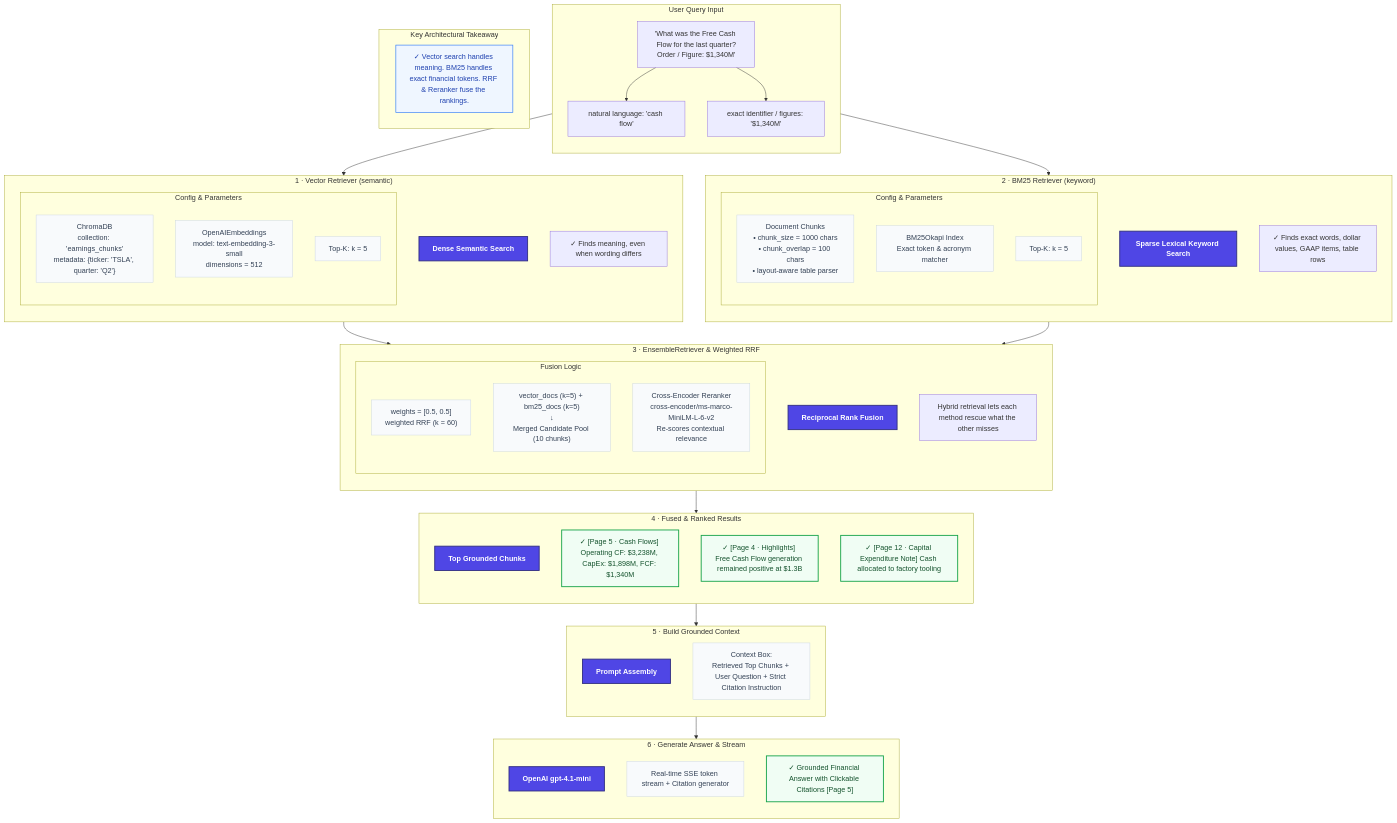
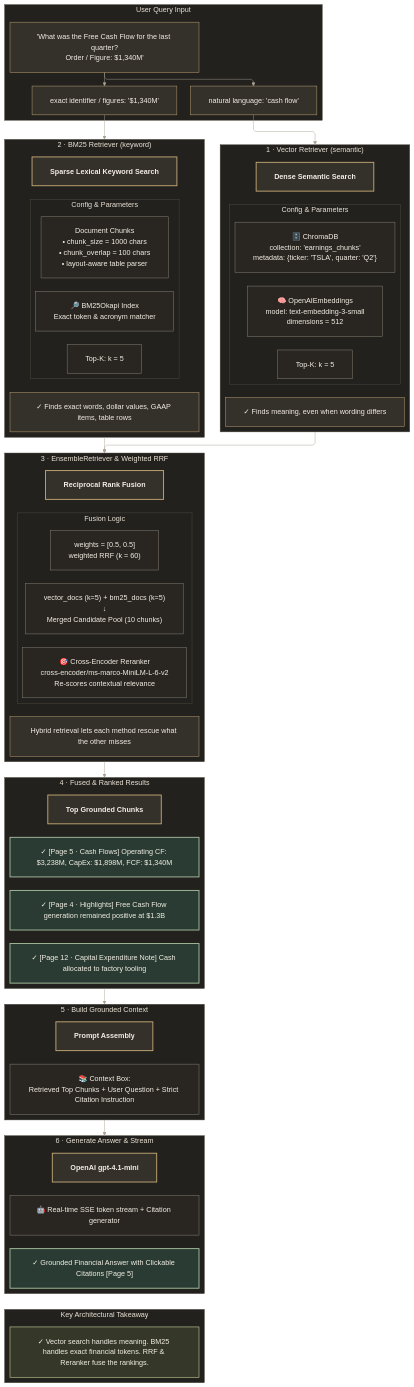
Before and after one commit to tarunkhurana2015/ai-certification-gen-academy: the fourth of 10 diagrams in week2-project-stock-ai-analyzer/ARCHITECTURE.md, drawn with Mermaid. The commit also changed other lines of this file and 22 other files, not shown here.

Commit message:
modified diagrams

````diff
--- a/week2-project-stock-ai-analyzer/ARCHITECTURE.md
+++ b/week2-project-stock-ai-analyzer/ARCHITECTURE.md
@@ -362,11 +404,12 @@
 ```mermaid
+%%{init: {"theme":"base","themeVariables":{"darkMode":true,"background":"#191816","primaryColor":"#34302A","primaryTextColor":"#F4EFE6","primaryBorderColor":"#C6AA76","secondaryColor":"#3C303B","secondaryTextColor":"#F4EFE6","secondaryBorderColor":"#BC9AAF","tertiaryColor":"#293B32","tertiaryTextColor":"#F4EFE6","tertiaryBorderColor":"#99B89B","lineColor":"#AAA294","textColor":"#F4EFE6","mainBkg":"#34302A","clusterBkg":"#22211E","clusterBorder":"#514B41","titleColor":"#ECE3D5","edgeLabelBackground":"#292620","actorBkg":"#34302A","actorBorder":"#C6AA76","actorTextColor":"#F4EFE6","actorLineColor":"#8F8679","signalColor":"#D6BA87","signalTextColor":"#ECE3D5","labelBoxBkgColor":"#3C303B","labelBoxBorderColor":"#BC9AAF","labelTextColor":"#F4EFE6","loopTextColor":"#E0CEDB","noteBkgColor":"#413526","noteTextColor":"#F1DEC0","noteBorderColor":"#D7B77A","activationBkgColor":"#293B32","activationBorderColor":"#99B89B","sequenceNumberColor":"#191816","fontFamily":"Arial, Helvetica, sans-serif","fontSize":"16px"},"themeCSS":"& { background-color: #191816; } .node rect, .node polygon, .node path, .node circle { stroke-width: 1.5px; } .node rect { rx: 9px; ry: 9px; } .cluster rect { rx: 12px; ry: 12px; } .cluster-label span { font-weight: 600; } .edgeLabel { color: #E9DECC; } .flowchart-link { stroke-width: 1.5px; } text, .label, .nodeLabel, .cluster-label, .edgeLabel, foreignObject, p, span { font-family: Arial, Helvetica, sans-serif !important; }","layout":"elk","elk":{"mergeEdges":true,"nodePlacementStrategy":"NETWORK_SIMPLEX","cycleBreakingStrategy":"GREEDY","forceNodeModelOrder":false},"flowchart":{"curve":"linear","nodeSpacing":36,"rankSpacing":64,"padding":20,"wrappingWidth":340,"useMaxWidth":true,"htmlLabels":true}}}%%
 flowchart TB
-    classDef stepNum fill:#4F46E5,stroke:#312E81,stroke-width:2px,color:#FFFFFF,font-weight:bold
-    classDef branchBox fill:#FFFFFF,stroke:#6366F1,stroke-width:2px,color:#1E1B4B
-    classDef subBox fill:#F8FAFC,stroke:#CBD5E1,stroke-width:1px,color:#334155
-    classDef fusionBox fill:#EDE9FE,stroke:#7C3AED,stroke-width:2px,color:#4C1D95
-    classDef resultBox fill:#F0FDF4,stroke:#16A34A,stroke-width:2px,color:#14532D
-    classDef banner fill:#EFF6FF,stroke:#3B82F6,stroke-width:1.5px,color:#1E40AF
+    classDef stepNum fill:#34302A,stroke:#C6AA76,stroke-width:2px,color:#F4EFE6,font-weight:bold
+    classDef branchBox fill:#34302A,stroke:#C6AA76,stroke-width:2px,color:#F4EFE6
+    classDef subBox fill:#292621,stroke:#8F8679,stroke-width:1px,color:#F4EFE6
+    classDef fusionBox fill:#3C303B,stroke:#C1A0B7,stroke-width:2px,color:#F4EFE6
+    classDef resultBox fill:#293B32,stroke:#A8C0A0,stroke-width:2px,color:#F4EFE6
+    classDef banner fill:#353829,stroke:#B1BB89,stroke-width:1.5px,color:#F4EFE6
 
     subgraph QueryInput["User Query Input"]
         direction TB
@@ -382,8 +425,8 @@
         S1Title["Dense Semantic Search"]:::stepNum
         subgraph S1Details["Config & Parameters"]
             direction TB
-            S1Store["ChromaDB<br/>collection: 'earnings_chunks'<br/>metadata: {ticker: 'TSLA', quarter: 'Q2'}"]:::subBox
-            S1Embed["OpenAIEmbeddings<br/>model: text-embedding-3-small<br/>dimensions = 512"]:::subBox
+            S1Store["🗄️ ChromaDB<br/>collection: 'earnings_chunks'<br/>metadata: {ticker: 'TSLA', quarter: 'Q2'}"]:::subBox
+            S1Embed["🧠 OpenAIEmbeddings<br/>model: text-embedding-3-small<br/>dimensions = 512"]:::subBox
             S1K["Top-K: k = 5"]:::subBox
         end
         S1Note["✓ Finds meaning, even when wording differs"]
@@ -395,7 +438,7 @@
         subgraph S2Details["Config & Parameters"]
             direction TB
             S2Docs["Document Chunks<br/>• chunk_size = 1000 chars<br/>• chunk_overlap = 100 chars<br/>• layout-aware table parser"]:::subBox
-            S2BM25["BM25Okapi Index<br/>Exact token & acronym matcher"]:::subBox
+            S2BM25["🔎 BM25Okapi Index<br/>Exact token & acronym matcher"]:::subBox
             S2K["Top-K: k = 5"]:::subBox
         end
         S2Note["✓ Finds exact words, dollar values, GAAP items, table rows"]
@@ -408,7 +451,7 @@
             direction TB
             S3Weights["weights = [0.5, 0.5]<br/>weighted RRF (k = 60)"]:::subBox
             S3Merge["vector_docs (k=5) + bm25_docs (k=5)<br/>↓<br/>Merged Candidate Pool (10 chunks)"]:::subBox
-            S3Rerank["Cross-Encoder Reranker<br/>cross-encoder/ms-marco-MiniLM-L-6-v2<br/>Re-scores contextual relevance"]:::subBox
+            S3Rerank["🎯 Cross-Encoder Reranker<br/>cross-encoder/ms-marco-MiniLM-L-6-v2<br/>Re-scores contextual relevance"]:::subBox
         end
         S3Note["Hybrid retrieval lets each method rescue what the other misses"]
     end
@@ -424,13 +467,13 @@
     subgraph Step5["5 · Build Grounded Context"]
         direction TB
         S5Title["Prompt Assembly"]:::stepNum
-        S5Context["Context Box:<br/>Retrieved Top Chunks + User Question + Strict Citation Instruction"]:::subBox
+        S5Context["📚 Context Box:<br/>Retrieved Top Chunks + User Question + Strict Citation Instruction"]:::subBox
     end
 
     subgraph Step6["6 · Generate Answer & Stream"]
         direction TB
         S6Title["OpenAI gpt-4.1-mini"]:::stepNum
-        S6Gen["Real-time SSE token stream + Citation generator"]:::subBox
+        S6Gen["🤖 Real-time SSE token stream + Citation generator"]:::subBox
         S6Out["✓ Grounded Financial Answer with Clickable Citations [Page 5]"]:::resultBox
     end
 
@@ -446,4 +489,21 @@
         direction LR
         SText["✓ Vector search handles meaning. BM25 handles exact financial tokens. RRF & Reranker fuse the rankings."]:::banner
     end
+
+    classDef default fill:#34302A,stroke:#C6AA76,color:#F4EFE6
+    linkStyle default stroke:#AAA294
+    %% Invisible links align the existing content inside each stage.
+    S1Title ~~~ S1Details
+    S1Details ~~~ S1Note
+    S1Store ~~~ S1Embed ~~~ S1K
+    S2Title ~~~ S2Details
+    S2Details ~~~ S2Note
+    S2Docs ~~~ S2BM25 ~~~ S2K
+    S3Title ~~~ S3Config
+    S3Weights ~~~ S3Merge ~~~ S3Rerank
+    S3Config ~~~ S3Note
+    S4Title ~~~ R1 ~~~ R2 ~~~ R3
+    S5Title ~~~ S5Context
+    S6Title ~~~ S6Gen ~~~ S6Out
+    Step6 ~~~ SummaryTakeaway
 ```
````
